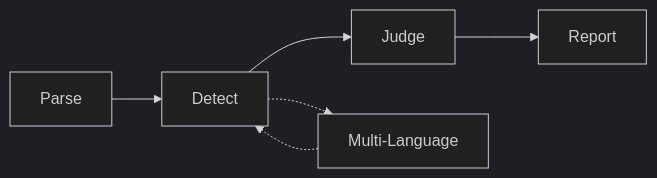
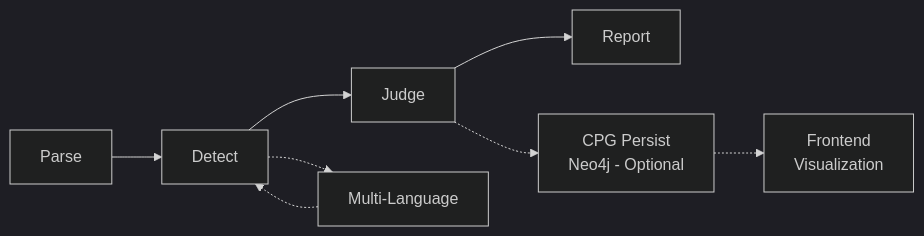
Before and after one commit to heheshang/code-sec: the diagram in README.md, drawn with Mermaid (dark theme). The commit also changed other lines of this file and 3 other files, not shown here.

````diff
--- a/README.md
+++ b/README.md
@@ -190,8 +204,10 @@
 ```mermaid
 flowchart LR
     A[Parse] --> B[Detect]
     B --> C[Judge]
     C --> D[Report]
     B -.-> E[Multi-Language]
     E -.-> B
+    C -.-> F[CPG Persist<br>Neo4j - Optional]
+    F -.-> G[Frontend<br>Visualization]
 ```
````
